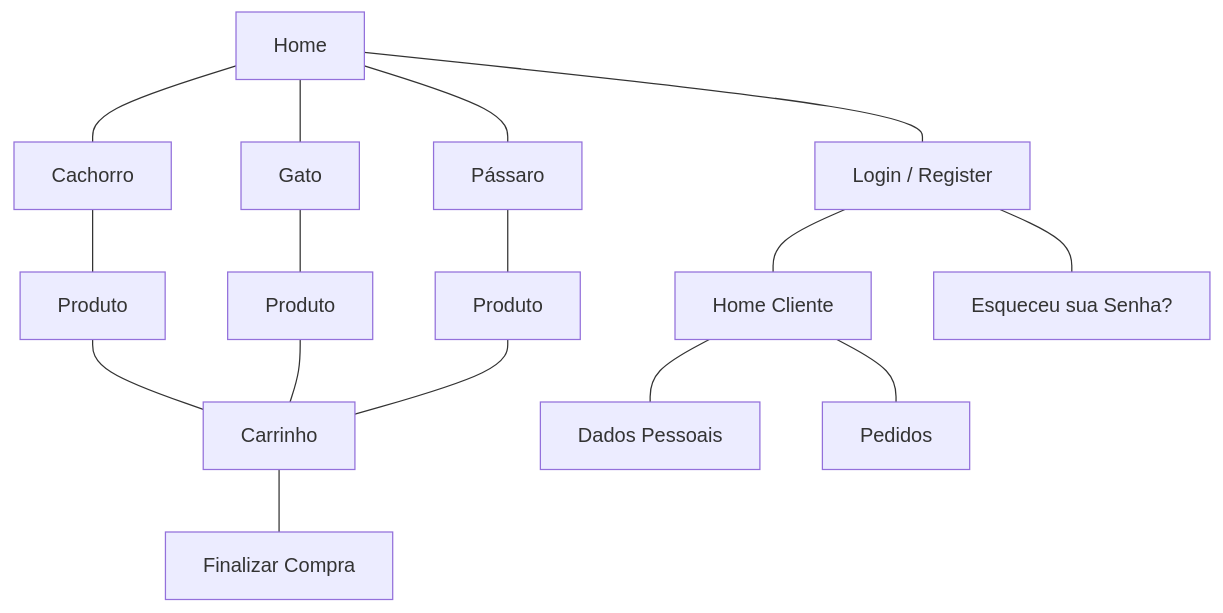
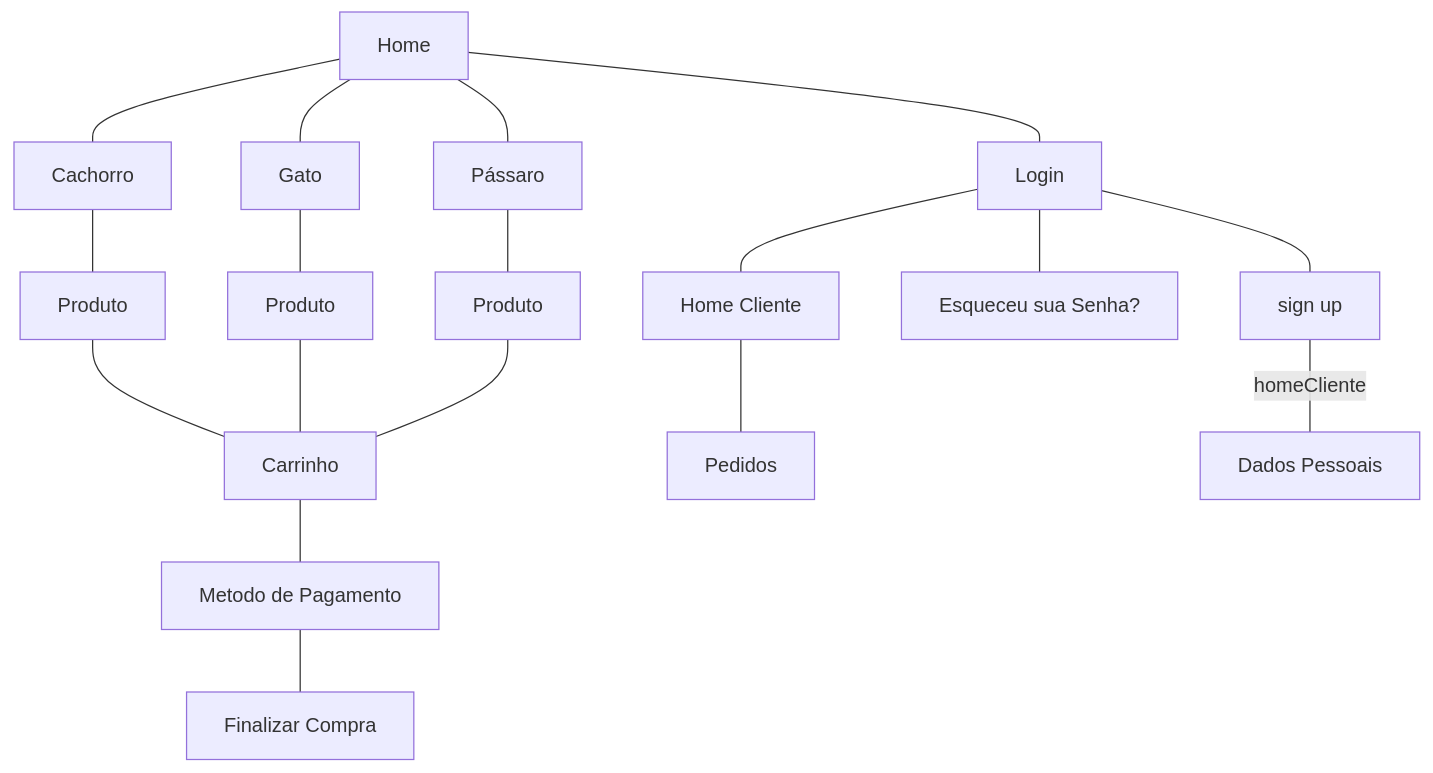
The diagram in README.md (viniciussm07/pet-shop), drawn with Mermaid before and after one commit.

````diff
--- a/README.md
+++ b/README.md
@@ -13,23 +13,26 @@
 ```mermaid
   graph TD;
       Home---Cachorro;
       Cachorro---produto1[Produto];
       
       Home---Gato;
       Gato---produto2[Produto];
       
       Home---Pássaro;
       Pássaro---produto3[Produto];
       
-      Home---loginRegister[Login / Register];
-      loginRegister---homeCliente[Home Cliente]
-      loginRegister[Login / Register]---esqueciASenha[Esqueceu sua Senha?];
+      Home---login[Login];
+      login---homeCliente[Home Cliente]
+      login---esqueciASenha[Esqueceu sua Senha?];
+      login---register[sign up]
+      register--
       homeCliente---dadosPessoais[Dados Pessoais]
       homeCliente---Pedidos
       
       produto1---carrinho[Carrinho]
       produto2---carrinho
       produto3---carrinho
       
-      carrinho---finalizarCompra[Finalizar Compra]
+      carrinho---metodoDePagamento[Metodo de Pagamento]
+      metodoDePagamento---finalizarCompra[Finalizar Compra]
 ```
````
